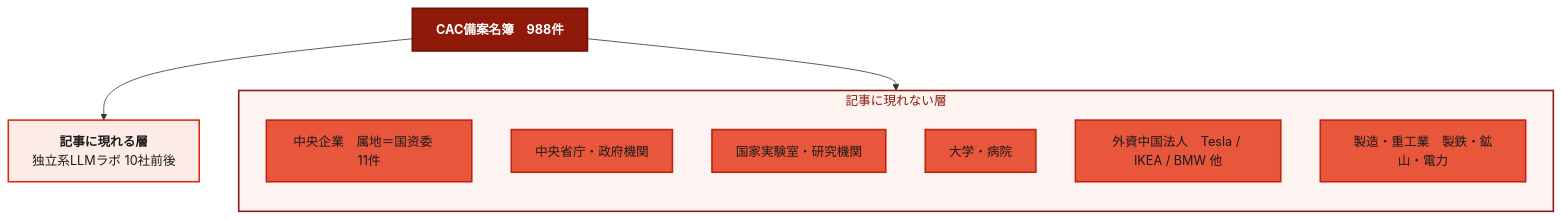
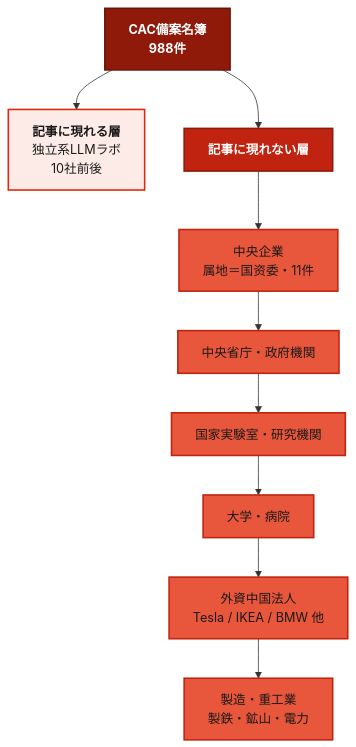
One commit to Leading-AI-IO/the-china-ai-registry changed the sixth of 10 diagrams in docs/jp/the-china-ai-registry_JP.md. Above: the diagram before and after it, drawn with Mermaid. The commit also changed other lines of this file, not shown here.

````diff
--- a/docs/jp/the-china-ai-registry_JP.md
+++ b/docs/jp/the-china-ai-registry_JP.md
@@ -668,29 +691,27 @@
 ```mermaid
 flowchart TB
-    ROOT["<b>CAC備案名簿　988件</b>"]
+    ROOT["<b>CAC備案名簿</b><br/><b>988件</b>"]
 
-    SEEN["<b>記事に現れる層</b><br/>独立系LLMラボ 10社前後"]
-
-    subgraph UNSEEN["記事に現れない層"]
-        direction TB
-        U1["中央企業　属地＝国资委　11件"]
-        U2["中央省庁・政府機関"]
-        U3["国家実験室・研究機関"]
-        U4["大学・病院"]
-        U5["外資中国法人　Tesla / IKEA / BMW 他"]
-        U6["製造・重工業　製鉄・鉱山・電力"]
-    end
+    SEEN["<b>記事に現れる層</b><br/>独立系LLMラボ<br/>10社前後"]
+    HEAD["<b>記事に現れない層</b>"]
 
     ROOT --> SEEN
-    ROOT --> UNSEEN
+    ROOT --> HEAD
+
+    HEAD --> U1["中央企業<br/>属地＝国资委・11件"]
+    U1 --> U2["中央省庁・政府機関"]
+    U2 --> U3["国家実験室・研究機関"]
+    U3 --> U4["大学・病院"]
+    U4 --> U5["外資中国法人<br/>Tesla / IKEA / BMW 他"]
+    U5 --> U6["製造・重工業<br/>製鉄・鉱山・電力"]
 
     classDef g1 fill:#8F1A0A,stroke:#6B1307,stroke-width:2px,color:#FFFFFF
     classDef g2 fill:#C02410,stroke:#8F1A0A,stroke-width:2px,color:#FFFFFF
     classDef g3 fill:#E8563C,stroke:#C02410,stroke-width:2px,color:#1A1A1A
     classDef g4 fill:#F5A895,stroke:#DE2910,stroke-width:2px,color:#1A1A1A
     classDef g5 fill:#FCEBE7,stroke:#DE2910,stroke-width:2px,color:#1A1A1A
     class ROOT g1
     class SEEN g5
+    class HEAD g2
     class U1,U2,U3,U4,U5,U6 g3
-    style UNSEEN fill:#FDF4F2,stroke:#8F1A0A,stroke-width:2px,color:#8F1A0A
 ```
````
